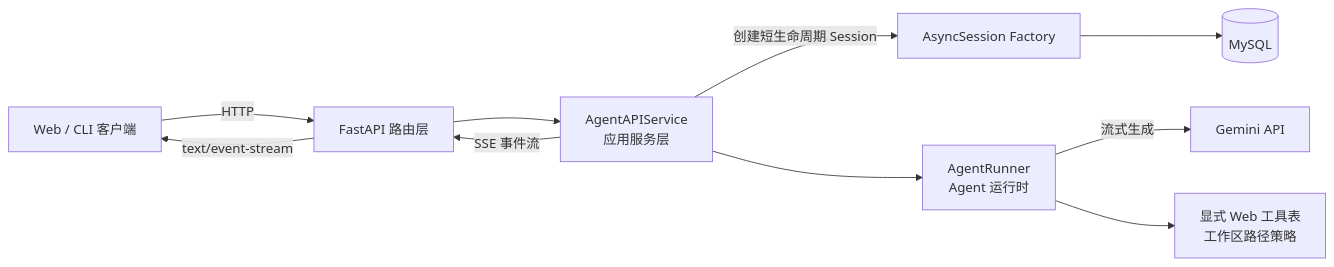
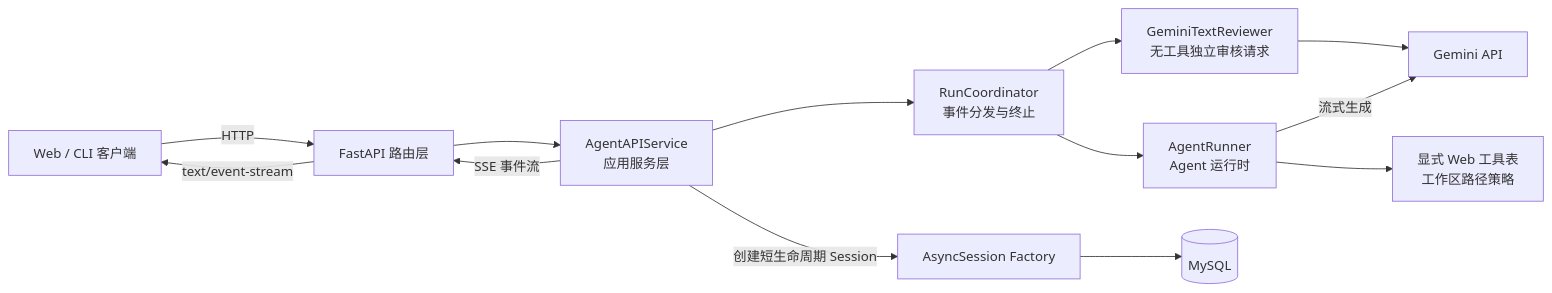
One commit to kuonyuma/agent-service changed the first of 3 diagrams in docs/architecture.md. Above: the diagram before and after it, drawn with Mermaid. The commit also changed other lines of this file and 24 other files, not shown here.

````diff
--- a/docs/architecture.md
+++ b/docs/architecture.md
@@ -8,21 +8,26 @@
 ```mermaid
 flowchart LR
     Web[Web / CLI 客户端]
     API[FastAPI 路由层]
     Service[AgentAPIService<br/>应用服务层]
     Runner[AgentRunner<br/>Agent 运行时]
+    Coordinator[RunCoordinator<br/>事件分发与终止]
+    Safety[GeminiTextReviewer<br/>无工具独立审核请求]
     Gemini[Gemini API]
     Tools[显式 Web 工具表<br/>工作区路径策略]
     Factory[AsyncSession Factory]
     DB[(MySQL)]
 
     Web -->|HTTP| API
     API --> Service
     Service -->|创建短生命周期 Session| Factory
     Factory --> DB
-    Service --> Runner
+    Service --> Coordinator
+    Coordinator --> Runner
+    Coordinator --> Safety
+    Safety --> Gemini
     Runner -->|流式生成| Gemini
     Runner --> Tools
     Service -->|SSE 事件流| API
     API -->|text/event-stream| Web
 ```
````
